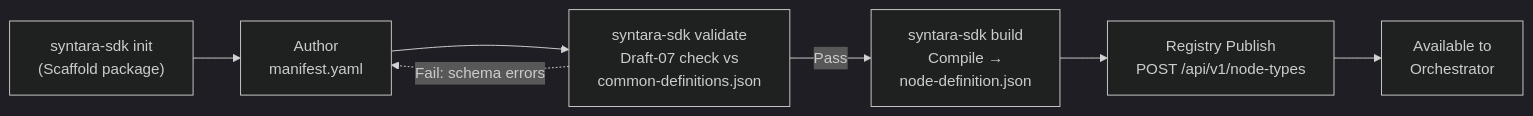
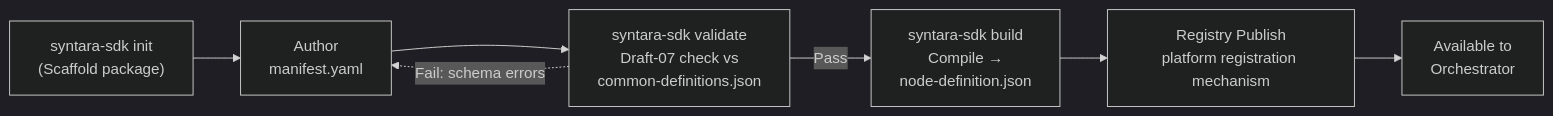
Before and after one commit to syntara-orchestration/syntara-node-sdk: the second of 5 diagrams in docs/architecture.md, drawn with Mermaid (dark theme). The commit also changed other lines of this file, not shown here.

Commit message:
docs: Remove normative examples of the DB and API scheme

````diff
--- a/docs/architecture.md
+++ b/docs/architecture.md
@@ -205,16 +207,16 @@
 ```mermaid
 graph LR
     INIT["syntara-sdk init<br/>(Scaffold package)"]
     AUTHOR["Author<br/>manifest.yaml"]
     VALIDATE["syntara-sdk validate<br/>Draft-07 check vs<br/>common-definitions.json"]
     BUILD["syntara-sdk build<br/>Compile →<br/>node-definition.json"]
-    PUBLISH["Registry Publish<br/>POST /api/v1/node-types"]
+    PUBLISH["Registry Publish<br/>platform registration mechanism"]
     HANDOFF["Available to<br/>Orchestrator"]
 
     INIT --> AUTHOR
     AUTHOR --> VALIDATE
     VALIDATE -->|Pass| BUILD
     VALIDATE -.->|Fail: schema errors| AUTHOR
     BUILD --> PUBLISH
     PUBLISH --> HANDOFF
 ```
````
